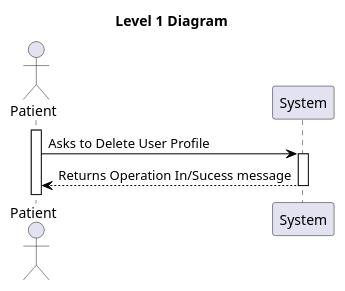
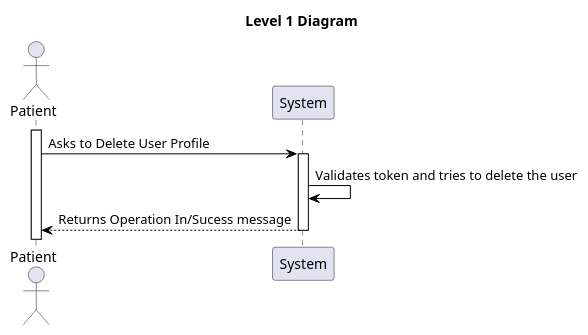
Before and after one commit to vscosousa/LAPR5_3DC_G15: the diagram in docs/sprint_A/us_5.1.5/level_1/puml/level_1.puml, drawn with PlantUML. The commit also changed 17 other files, not shown here.

```diff
--- a/docs/sprint_A/us_5.1.5/level_1/puml/level_1.puml
+++ b/docs/sprint_A/us_5.1.5/level_1/puml/level_1.puml
@@ -1,28 +1,29 @@
 @startuml level_1
 
 title Level 1 Diagram
 
 hide empty members
 'skinparam Linetype ortho
 
 skinparam class {
     BackgroundColor<<valueObject>> #D6EAF8
     BackgroundColor<<root>> #FDEBD0
     BackgroundColor<<service>> #D1F2EB
     BackgroundColor #FEF9E7
     ArrowColor Black
 }
 
 skinparam package {
     BackgroundColor #EBF5FB
 }
 
 actor Patient as P
 
 activate P
 P -> System: Asks to Delete User Profile
 activate System
+System -> System: Validates token and tries to delete the user
 System --> P: Returns Operation In/Sucess message
 deactivate System
 
 @enduml
```
